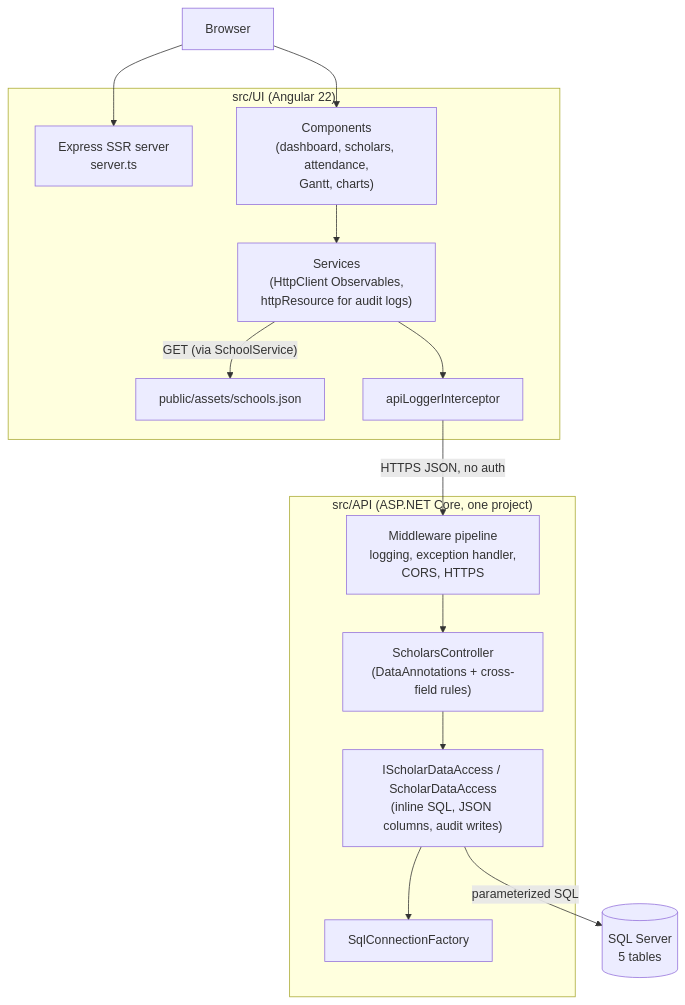
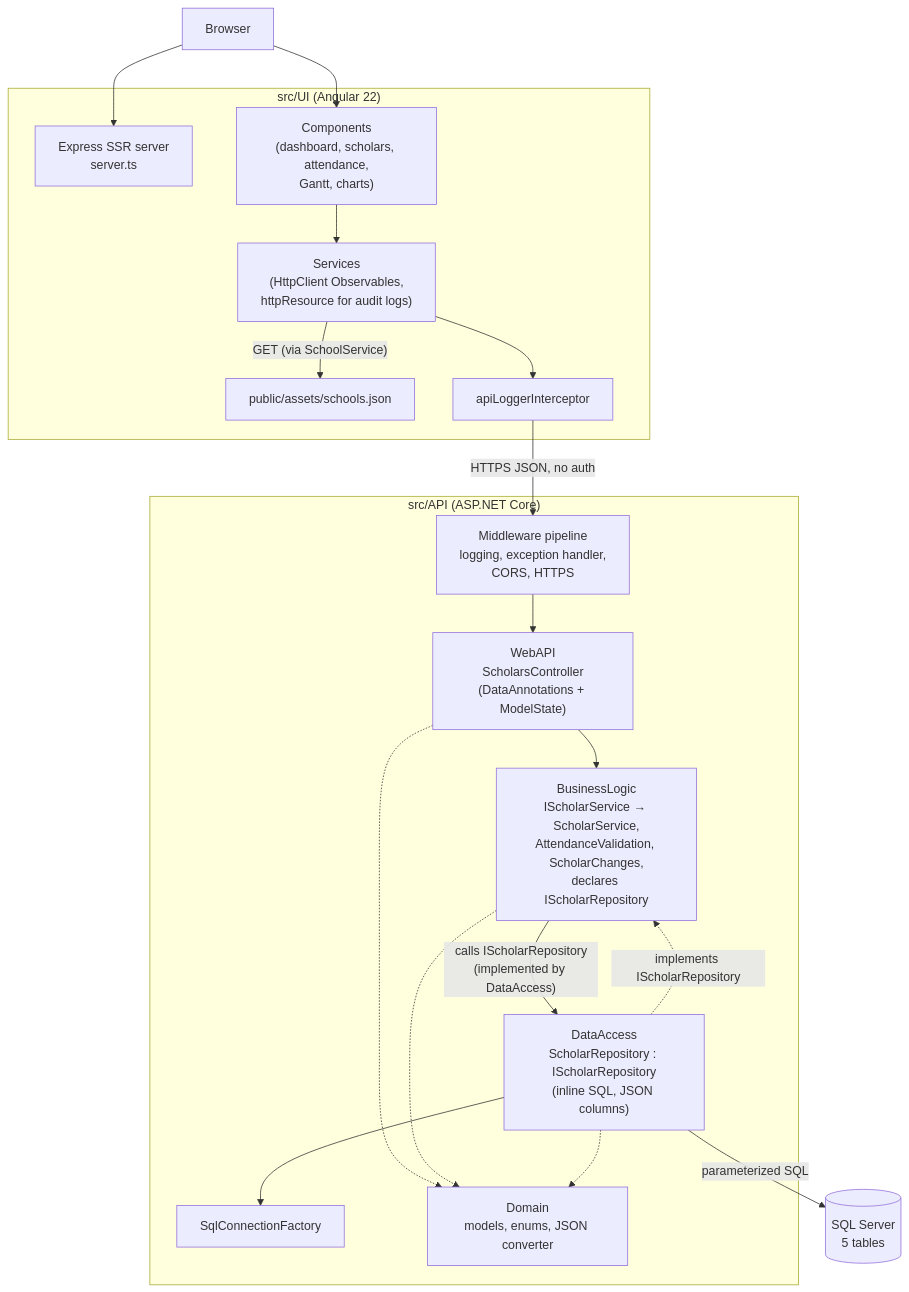
The first of 3 diagrams in ARCHITECTURE_AND_DESIGN.md (FrunzaDan/imalo-education-webapp), drawn with Mermaid before and after one commit. The commit also changed other lines of this file and 82 other files, not shown here.

Commit message:
clean architecture refactor

````diff
--- a/ARCHITECTURE_AND_DESIGN.md
+++ b/ARCHITECTURE_AND_DESIGN.md
@@ -23,25 +23,33 @@
 ```mermaid
 flowchart TD
     Browser["Browser"]
     subgraph UI["src/UI (Angular 22)"]
         SSR["Express SSR server<br/>server.ts"]
         Comp["Components<br/>(dashboard, scholars, attendance,<br/>Gantt, charts)"]
         Svc["Services<br/>(HttpClient Observables,<br/>httpResource for audit logs)"]
         Static["public/assets/schools.json"]
         Int["apiLoggerInterceptor"]
     end
-    subgraph API["src/API (ASP.NET Core, one project)"]
+    subgraph API["src/API (ASP.NET Core)"]
         MW["Middleware pipeline<br/>logging, exception handler,<br/>CORS, HTTPS"]
-        Ctl["ScholarsController<br/>(DataAnnotations + cross-field rules)"]
-        DA["IScholarDataAccess / ScholarDataAccess<br/>(inline SQL, JSON columns, audit writes)"]
+        Ctl["WebAPI<br/>ScholarsController<br/>(DataAnnotations + ModelState)"]
+        BL["BusinessLogic<br/>IScholarService → ScholarService,<br/>AttendanceValidation, ScholarChanges,<br/>declares IScholarRepository"]
+        DA["DataAccess<br/>ScholarRepository : IScholarRepository<br/>(inline SQL, JSON columns)"]
         CF["SqlConnectionFactory"]
+        Dom["Domain<br/>models, enums, JSON converter"]
     end
     DB[("SQL Server<br/>5 tables")]
 
     Browser --> SSR
     Browser --> Comp
     Comp --> Svc --> Int
     Svc -- "GET (via SchoolService)" --> Static
-    Int -- "HTTPS JSON, no auth" --> MW --> Ctl --> DA --> CF
+    Int -- "HTTPS JSON, no auth" --> MW --> Ctl --> BL
+    BL -- "calls IScholarRepository<br/>(implemented by DataAccess)" --> DA
+    DA -. "implements IScholarRepository" .-> BL
+    DA --> CF
     DA -- "parameterized SQL" --> DB
+    Ctl -.-> Dom
+    BL -.-> Dom
+    DA -.-> Dom
 ```
````
